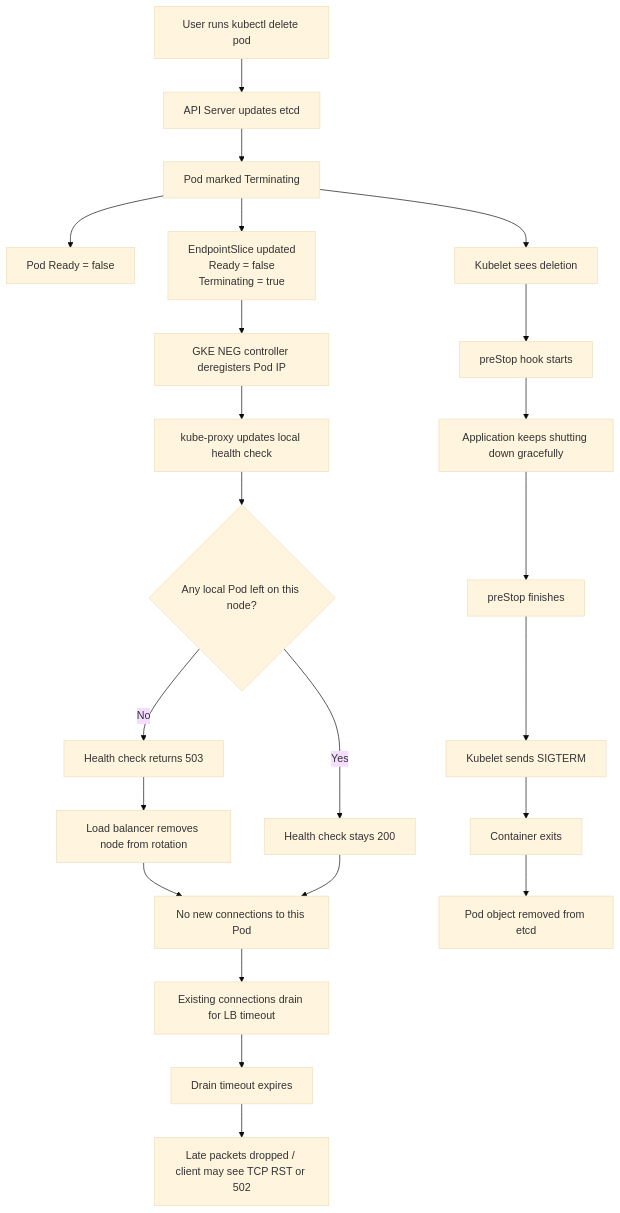
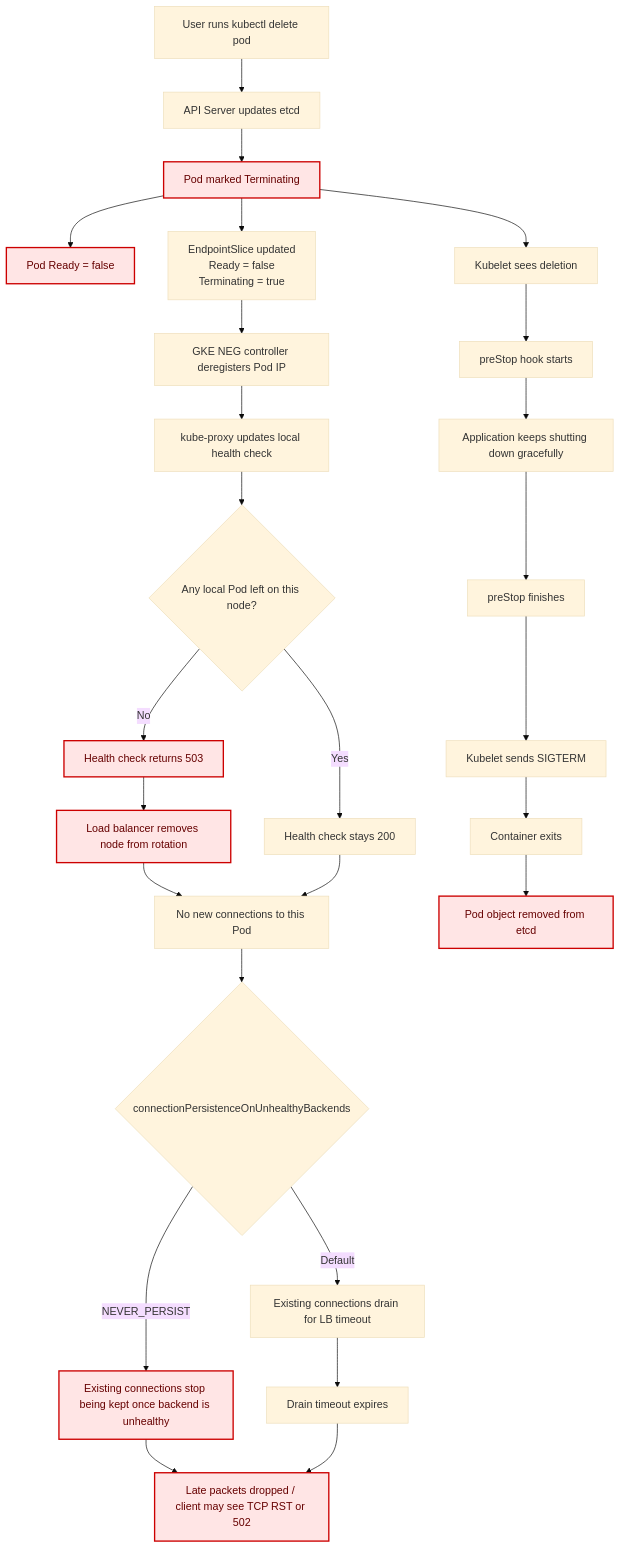
The diagram in KB/gke/nlb.md (luyomo/cheatsheet), drawn with Mermaid (base theme) before and after one commit. The commit also changed other lines of this file, not shown here.

````diff
--- a/KB/gke/nlb.md
+++ b/KB/gke/nlb.md
@@ -5,29 +5,35 @@
 ```mermaid
 flowchart TD
     A[User runs kubectl delete pod] --> B[API Server updates etcd]
     B --> C[Pod marked Terminating]
     C --> D[Pod Ready = false]
 
     C --> E[EndpointSlice updated<br/>Ready = false<br/>Terminating = true]
     E --> F[GKE NEG controller deregisters Pod IP]
     F --> G[kube-proxy updates local health check]
     G --> H{Any local Pod left on this node?}
     H -- No --> I[Health check returns 503]
     I --> J[Load balancer removes node from rotation]
     H -- Yes --> K[Health check stays 200]
 
     C --> L[Kubelet sees deletion]
     L --> M[preStop hook starts]
     M --> N[Application keeps shutting down gracefully]
 
     J --> O[No new connections to this Pod]
     K --> O
-    O --> P[Existing connections drain for LB timeout]
-    P --> Q[Drain timeout expires]
+    O --> P{connectionPersistenceOnUnhealthyBackends}
+    P -- NEVER_PERSIST --> P1[Existing connections stop being kept once backend is unhealthy]
+    P -- Default --> P2[Existing connections drain for LB timeout]
+    P1 --> R
+    P2 --> Q[Drain timeout expires]
     Q --> R[Late packets dropped / client may see TCP RST or 502]
 
     N --> S[preStop finishes]
     S --> T[Kubelet sends SIGTERM]
     T --> U[Container exits]
     U --> V[Pod object removed from etcd]
+
+    classDef red fill:#ffe5e5,stroke:#cc0000,stroke-width:2px,color:#660000;
+    class C,D,I,J,P1,R,V red;
 ```
````
